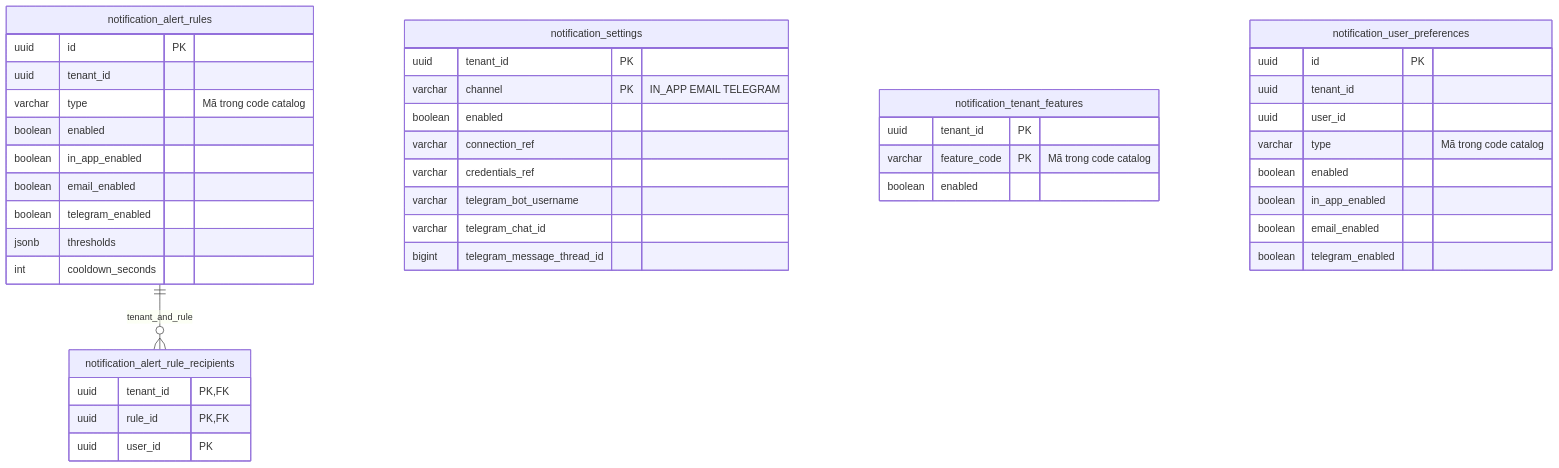
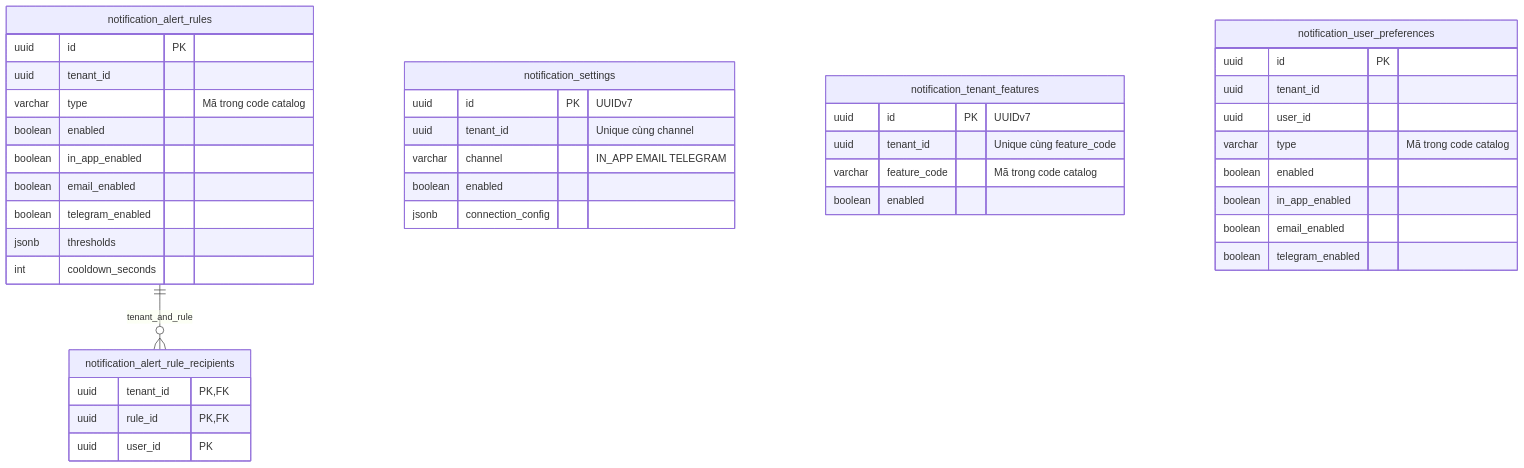
One commit to NDQuynh259/vishop-platform changed the first of 2 diagrams in services/notification-service/docs/database-design.md. Above: the diagram before and after it, drawn with Mermaid. The commit also changed other lines of this file and 75 other files, not shown here.

````diff
--- a/services/notification-service/docs/database-design.md
+++ b/services/notification-service/docs/database-design.md
@@ -12,46 +16,44 @@
 ```mermaid
 erDiagram
     notification_alert_rules ||--o{ notification_alert_rule_recipients : tenant_and_rule
 
     notification_settings {
-        uuid tenant_id PK
-        varchar channel PK "IN_APP EMAIL TELEGRAM"
+        uuid id PK "UUIDv7"
+        uuid tenant_id "Unique cùng channel"
+        varchar channel "IN_APP EMAIL TELEGRAM"
         boolean enabled
-        varchar connection_ref
-        varchar credentials_ref
-        varchar telegram_bot_username
-        varchar telegram_chat_id
-        bigint telegram_message_thread_id
+        jsonb connection_config
     }
     notification_tenant_features {
-        uuid tenant_id PK
-        varchar feature_code PK "Mã trong code catalog"
+        uuid id PK "UUIDv7"
+        uuid tenant_id "Unique cùng feature_code"
+        varchar feature_code "Mã trong code catalog"
         boolean enabled
     }
     notification_alert_rules {
         uuid id PK
         uuid tenant_id
         varchar type "Mã trong code catalog"
         boolean enabled
         boolean in_app_enabled
         boolean email_enabled
         boolean telegram_enabled
         jsonb thresholds
         int cooldown_seconds
     }
     notification_alert_rule_recipients {
         uuid tenant_id PK,FK
         uuid rule_id PK,FK
         uuid user_id PK
     }
     notification_user_preferences {
         uuid id PK
         uuid tenant_id
         uuid user_id
         varchar type "Mã trong code catalog"
         boolean enabled
         boolean in_app_enabled
         boolean email_enabled
         boolean telegram_enabled
     }
 ```
````
